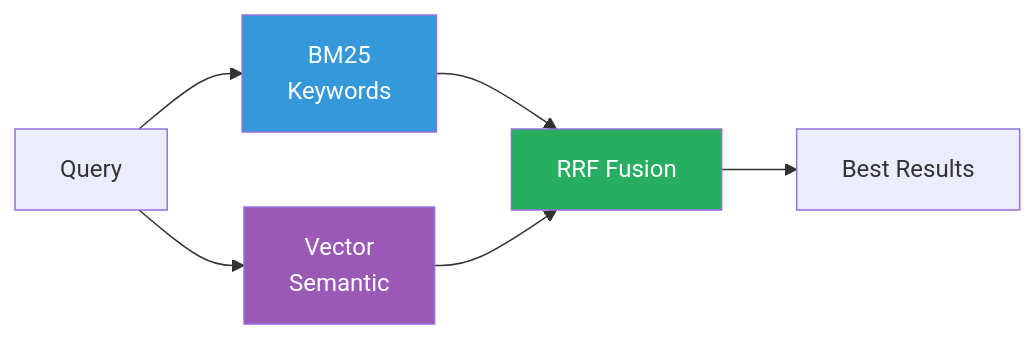
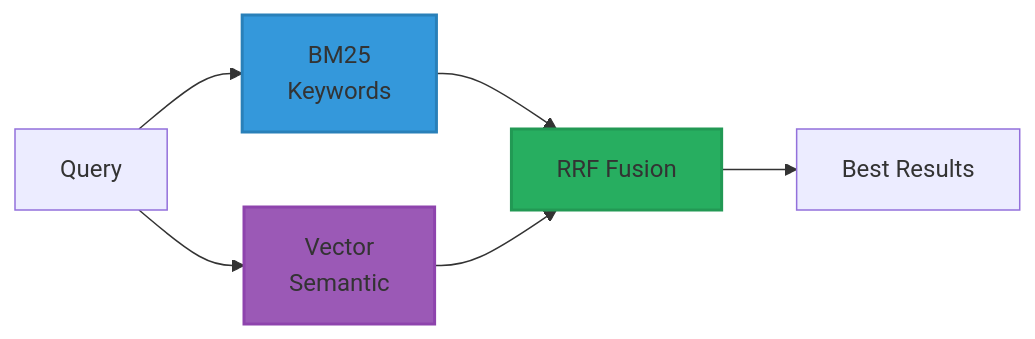
Before and after one commit to sampi02/amanmcp: the first of 9 diagrams in docs/concepts/hybrid-search.md, drawn with Mermaid. The commit also changed other lines of this file and 59 other files, not shown here.

````diff
--- a/docs/concepts/hybrid-search.md
+++ b/docs/concepts/hybrid-search.md
@@ -19,14 +19,14 @@
 ```mermaid
 flowchart LR
     Query[Query] --> BM25[BM25<br/>Keywords]
     Query --> Vector[Vector<br/>Semantic]
 
     BM25 --> RRF[RRF Fusion]
     Vector --> RRF
 
     RRF --> Results[Best Results]
 
-    style BM25 fill:#3498db,color:#fff
-    style Vector fill:#9b59b6,color:#fff
-    style RRF fill:#27ae60,color:#fff
+    style BM25 fill:#3498db,stroke:#2980b9,stroke-width:2px
+    style Vector fill:#9b59b6,stroke:#8e44ad,stroke-width:2px
+    style RRF fill:#27ae60,stroke:#229954,stroke-width:2px
 ```
````
